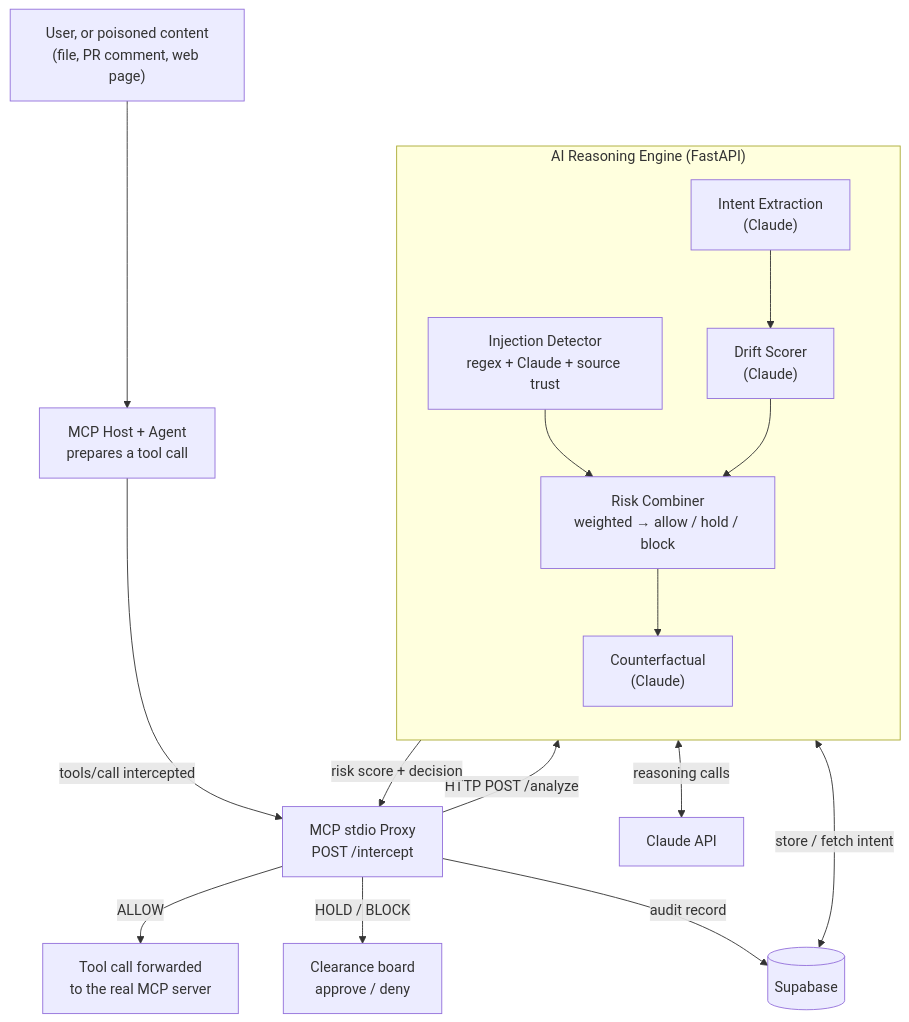
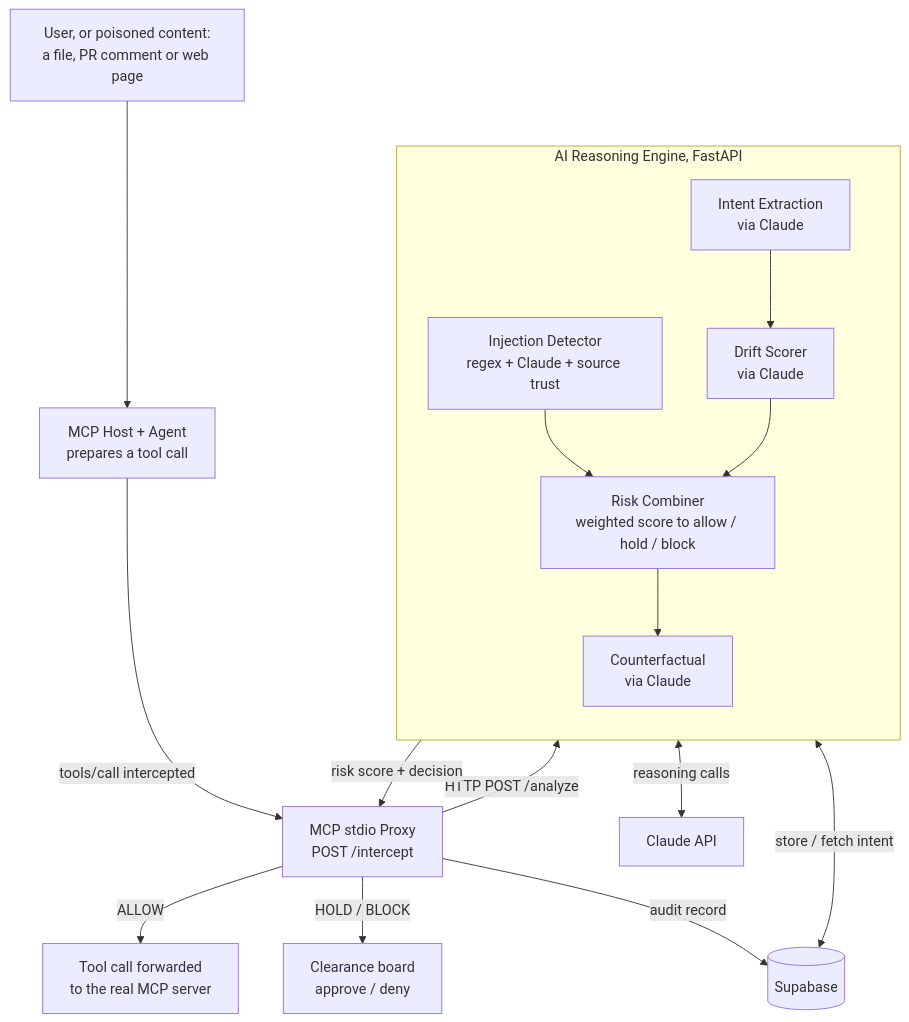
Before and after one commit to Kingsolima/Agent-Firewall: the diagram in README.md, drawn with Mermaid. The commit also changed other lines of this file, not shown here.

First line of the commit message:
Use ASCII punctuation in the README and fix the diagram for older renderers

````diff
--- a/README.md
+++ b/README.md
@@ -55,28 +55,28 @@
 ```mermaid
 flowchart TD
-    U["User, or poisoned content<br/>(file, PR comment, web page)"] --> AG["MCP Host + Agent<br/>prepares a tool call"]
+    U["User, or poisoned content:<br/>a file, PR comment or web page"] --> AG["MCP Host + Agent<br/>prepares a tool call"]
     AG -->|"tools/call intercepted"| PX["MCP stdio Proxy<br/>POST /intercept"]
 
     PX -->|"HTTP POST /analyze"| RE
 
-    subgraph RE["AI Reasoning Engine (FastAPI)"]
+    subgraph RE["AI Reasoning Engine, FastAPI"]
         direction TB
         INJ["Injection Detector<br/>regex + Claude + source trust"]
-        INT["Intent Extraction<br/>(Claude)"]
-        DRF["Drift Scorer<br/>(Claude)"]
-        CMB["Risk Combiner<br/>weighted → allow / hold / block"]
-        CF["Counterfactual<br/>(Claude)"]
+        INT["Intent Extraction<br/>via Claude"]
+        DRF["Drift Scorer<br/>via Claude"]
+        CMB["Risk Combiner<br/>weighted score to allow / hold / block"]
+        CF["Counterfactual<br/>via Claude"]
         INT --> DRF
         INJ --> CMB
         DRF --> CMB
         CMB --> CF
     end
 
     RE <-->|"reasoning calls"| CLA["Claude API"]
     RE <-->|"store / fetch intent"| DB[("Supabase")]
     RE -->|"risk score + decision"| PX
 
     PX -->|"ALLOW"| EXE["Tool call forwarded<br/>to the real MCP server"]
     PX -->|"HOLD / BLOCK"| ADM["Clearance board<br/>approve / deny"]
     PX -->|"audit record"| DB
 ```
````
